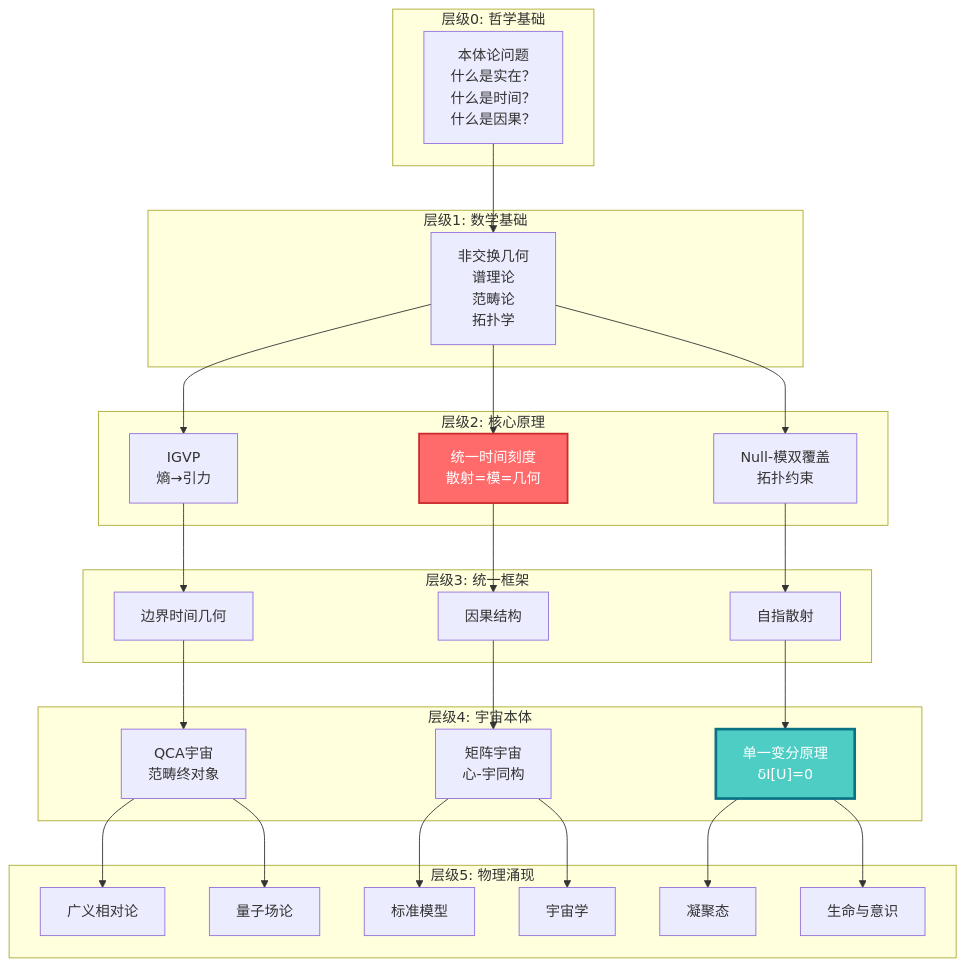
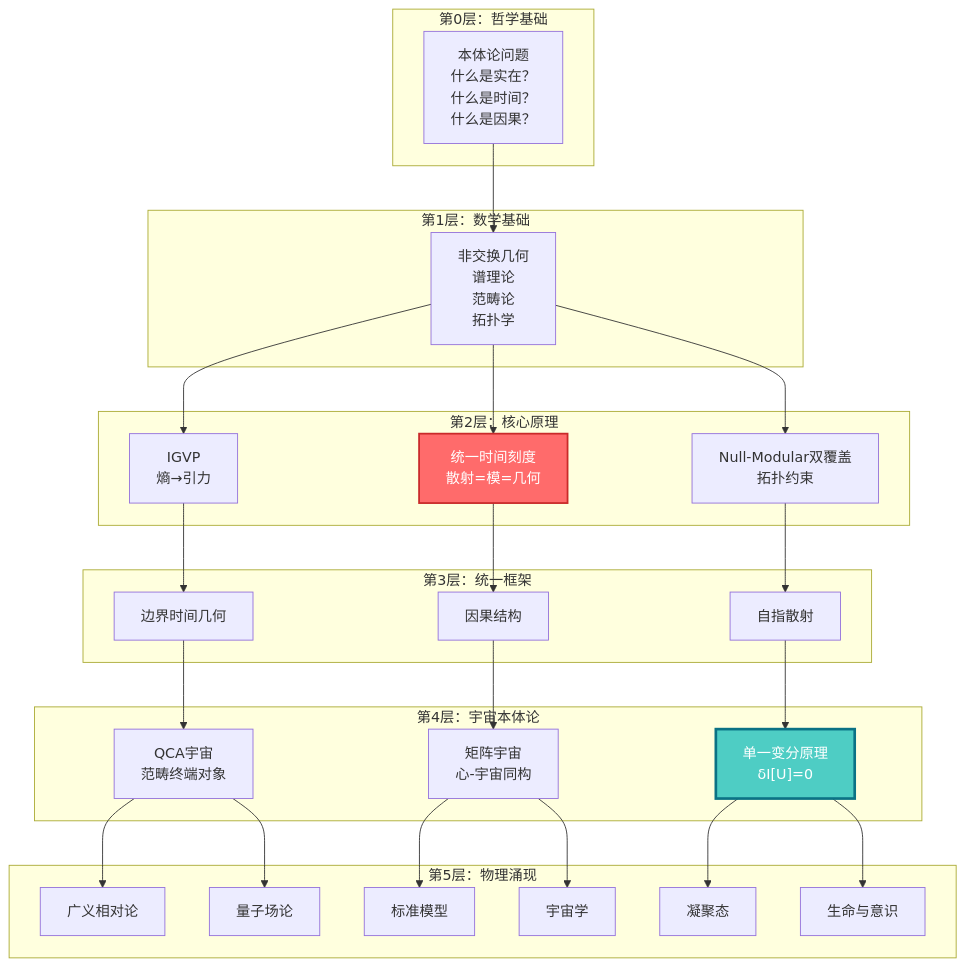
Before and after one commit to loning/zeckendorf-hilbert: the third of 3 diagrams in docs/euler-article/gls-union/index.md, drawn with Mermaid. The commit also changed other lines of this file and 26 other files, not shown here.

````diff
--- a/docs/euler-article/gls-union/index.md
+++ b/docs/euler-article/gls-union/index.md
@@ -356,60 +353,60 @@
 ```mermaid
 graph TD
-    subgraph "层级0: 哲学基础"
+    subgraph "第0层：哲学基础"
         Phil["本体论问题<br/>什么是实在？<br/>什么是时间？<br/>什么是因果？"]
     end
 
-    subgraph "层级1: 数学基础"
+    subgraph "第1层：数学基础"
         Math["非交换几何<br/>谱理论<br/>范畴论<br/>拓扑学"]
     end
 
-    subgraph "层级2: 核心原理"
+    subgraph "第2层：核心原理"
         Core1["IGVP<br/>熵→引力"]
         Core2["统一时间刻度<br/>散射=模=几何"]
-        Core3["Null-模双覆盖<br/>拓扑约束"]
+        Core3["Null-Modular双覆盖<br/>拓扑约束"]
     end
 
-    subgraph "层级3: 统一框架"
+    subgraph "第3层：统一框架"
         Frame1["边界时间几何"]
         Frame2["因果结构"]
         Frame3["自指散射"]
     end
 
-    subgraph "层级4: 宇宙本体"
-        Onto1["QCA宇宙<br/>范畴终对象"]
-        Onto2["矩阵宇宙<br/>心-宇同构"]
+    subgraph "第4层：宇宙本体论"
+        Onto1["QCA宇宙<br/>范畴终端对象"]
+        Onto2["矩阵宇宙<br/>心-宇宙同构"]
         Onto3["单一变分原理<br/>δI[U]=0"]
     end
 
-    subgraph "层级5: 物理涌现"
+    subgraph "第5层：物理涌现"
         Phys1["广义相对论"]
         Phys2["量子场论"]
         Phys3["标准模型"]
         Phys4["宇宙学"]
         Phys5["凝聚态"]
         Phys6["生命与意识"]
     end
 
     Phil --> Math
     Math --> Core1
     Math --> Core2
     Math --> Core3
 
     Core1 --> Frame1
     Core2 --> Frame2
     Core3 --> Frame3
 
     Frame1 --> Onto1
     Frame2 --> Onto2
     Frame3 --> Onto3
 
     Onto1 --> Phys1
     Onto1 --> Phys2
     Onto2 --> Phys3
     Onto2 --> Phys4
     Onto3 --> Phys5
     Onto3 --> Phys6
 
     style Onto3 fill:#4ecdc4,stroke:#0b7285,stroke-width:3px,color:#fff
     style Core2 fill:#ff6b6b,stroke:#c92a2a,stroke-width:2px,color:#fff
 ```
````
